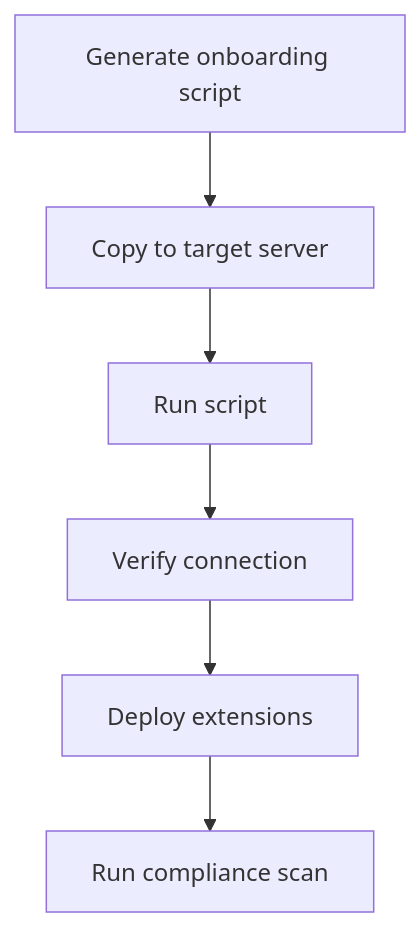
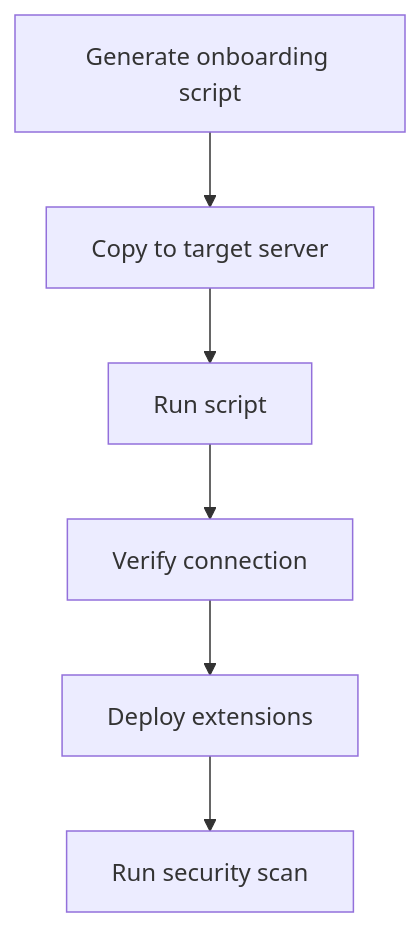
Before and after one commit to azurenoops/platform-engineering-copilot: the first of 3 diagrams in docs/AZURE-ARC.md, drawn with Mermaid. The commit also changed other lines of this file and 116 other files, not shown here.

````diff
--- a/docs/AZURE-ARC.md
+++ b/docs/AZURE-ARC.md
@@ -325,8 +323,8 @@
 ```mermaid
 graph TD
     A[Generate onboarding script] --> B[Copy to target server]
     B --> C[Run script]
     C --> D[Verify connection]
     D --> E[Deploy extensions]
-    E --> F[Run compliance scan]
+    E --> F[Run security scan]
 ```
````
